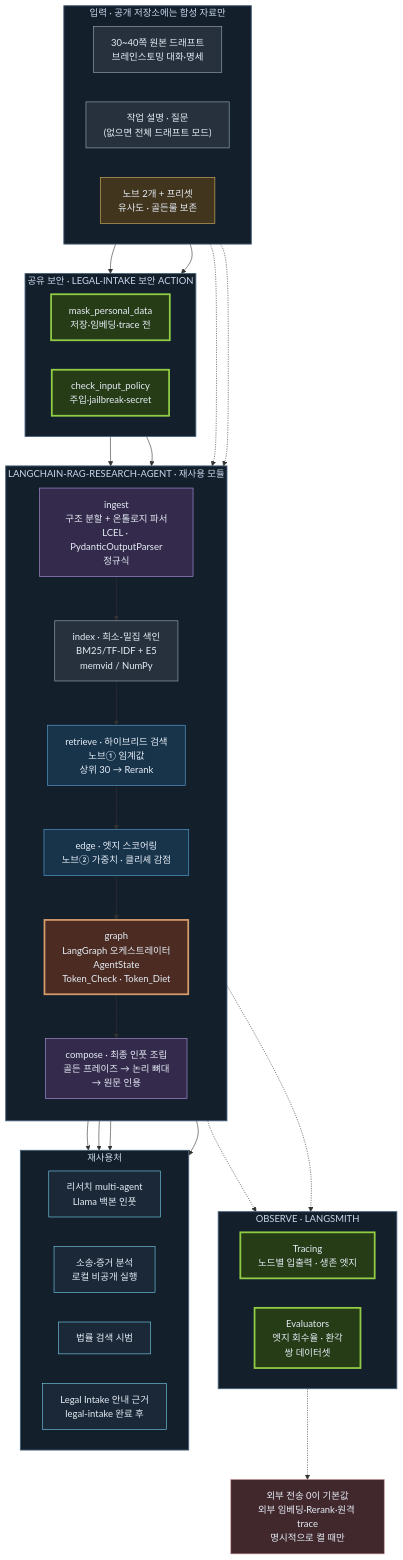
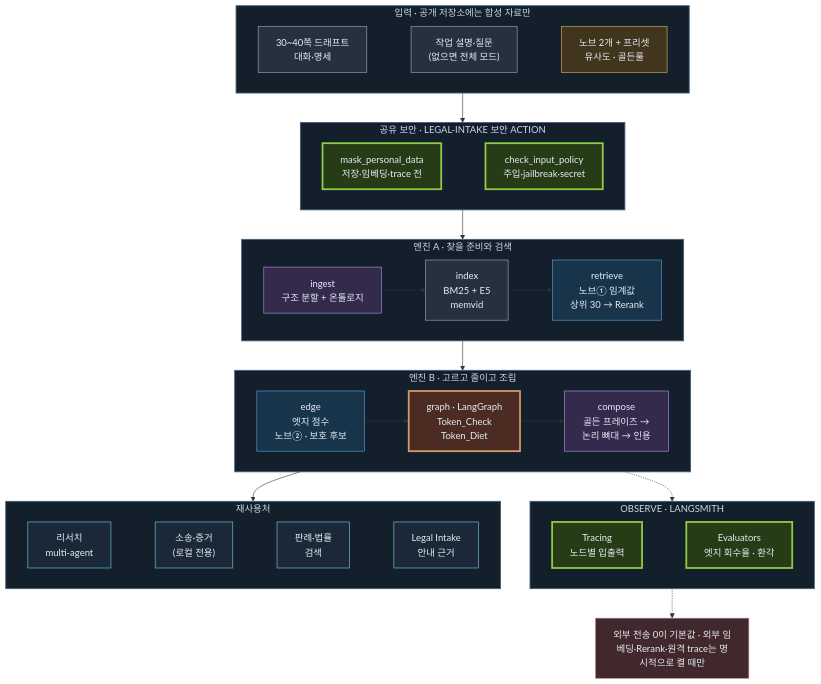
One commit to ai-agent-orchestrator/langchain-rag-research-agent changed the diagram in docs/diagrams/01-architecture-overview.mmd. Above: the diagram before and after it, drawn with Mermaid. The commit also changed 19 other files, not shown here.

First line of the commit message:
docs: add dark-mode Equalizer study guide PDF and refreshed diagrams

```diff
--- a/docs/diagrams/01-architecture-overview.mmd
+++ b/docs/diagrams/01-architecture-overview.mmd
@@ -1,73 +1,53 @@
 flowchart TB
   subgraph IN["입력 · 공개 저장소에는 합성 자료만"]
     direction LR
-    I1["30~40쪽 원본 드래프트<br/>브레인스토밍 대화·명세"]
-    I2["작업 설명 · 질문<br/>(없으면 전체 드래프트 모드)"]
-    I3["노브 2개 + 프리셋<br/>유사도 · 골든룰 보존"]
+    I1["30~40쪽 드래프트<br/>대화·명세"] ~~~ I2["작업 설명·질문<br/>(없으면 전체 모드)"] ~~~ I3["노브 2개 + 프리셋<br/>유사도 · 골든룰"]
   end
   subgraph SH["공유 보안 · LEGAL-INTAKE 보안 ACTION"]
     direction LR
-    G1["mask_personal_data<br/>저장·임베딩·trace 전"]
-    G2["check_input_policy<br/>주입·jailbreak·secret"]
+    G1["mask_personal_data<br/>저장·임베딩·trace 전"] ~~~ G2["check_input_policy<br/>주입·jailbreak·secret"]
   end
-  subgraph CORE["LANGCHAIN-RAG-RESEARCH-AGENT · 재사용 모듈"]
-    direction TB
-    P["ingest<br/>구조 분할 + 온톨로지 파서<br/>LCEL · PydanticOutputParser<br/>정규식"]
-    X["index · 희소-밀집 색인<br/>BM25/TF-IDF + E5<br/>memvid / NumPy"]
-    R["retrieve · 하이브리드 검색<br/>노브① 임계값<br/>상위 30 → Rerank"]
-    E["edge · 엣지 스코어링<br/>노브② 가중치 · 클리셰 감점"]
-    LG["graph<br/>LangGraph 오케스트레이터<br/>AgentState<br/>Token_Check · Token_Diet"]
-    C["compose · 최종 인풋 조립<br/>골든 프레이즈 → 논리 뼈대<br/>→ 원문 인용"]
-    P --> X --> R --> E --> LG --> C
+  subgraph CA["엔진 A · 찾을 준비와 검색"]
+    direction LR
+    P["ingest<br/>구조 분할 + 온톨로지"] --> X["index<br/>BM25 + E5<br/>memvid"] --> R["retrieve<br/>노브① 임계값<br/>상위 30 → Rerank"]
+  end
+  subgraph CB["엔진 B · 고르고 줄이고 조립"]
+    direction LR
+    E["edge<br/>엣지 점수<br/>노브② · 보호 후보"] --> LG["graph · LangGraph<br/>Token_Check<br/>Token_Diet"] --> C["compose<br/>골든 프레이즈 →<br/>논리 뼈대 → 인용"]
   end
   subgraph OBS["OBSERVE · LANGSMITH"]
     direction LR
-    T["Tracing<br/>노드별 입출력 · 생존 엣지"]
-    EV["Evaluators<br/>엣지 회수율 · 환각<br/>쌍 데이터셋"]
+    T["Tracing<br/>노드별 입출력"] ~~~ EV["Evaluators<br/>엣지 회수율 · 환각"]
   end
   subgraph OUT["재사용처"]
     direction LR
-    U1["리서치 multi-agent<br/>Llama 백본 인풋"]
-    U2["소송·증거 분석<br/>로컬 비공개 실행"]
-    U3["법률 검색 시범"]
-    U4["Legal Intake 안내 근거<br/>legal-intake 완료 후"]
+    U1["리서치<br/>multi-agent"] ~~~ U2["소송·증거<br/>(로컬 전용)"] ~~~ U3["판례·법률<br/>검색"] ~~~ U4["Legal Intake<br/>안내 근거"]
   end
-  I1 --> G1
-  I2 --> G2
-  G1 --> P
-  G2 --> R
-  I3 -.-> R
-  I3 -.-> E
-  C --> U1
-  C --> U2
-  C --> U3
-  C --> U4
-  LG -.-> T
-  C -.-> EV
-  STOP["외부 전송 0이 기본값<br/>외부 임베딩·Rerank·원격 trace<br/>명시적으로 켤 때만"]
+  IN --> SH --> CA --> CB --> OUT
+  CB -.-> OBS
+  STOP["외부 전송 0이 기본값 · 외부 임베딩·Rerank·원격 trace는 명시적으로 켤 때만"]
   OBS -.-> STOP
   classDef strategy fill:#173b3e,stroke:#66cfc8,color:#e6edf6;
   classDef architecture fill:#342a4c,stroke:#b39ae5,color:#e6edf6;
   classDef engineering fill:#18344b,stroke:#5ba7db,color:#e6edf6;
   classDef python fill:#26313d,stroke:#a1afbf,color:#e6edf6;
-  classDef java fill:#1f3320,stroke:#8fcf86,color:#e6edf6;
   classDef guard fill:#263c17,stroke:#91cc45,stroke-width:3px,color:#e6edf6;
   classDef worker fill:#4b2b22,stroke:#d39a6a,stroke-width:3px,color:#e6edf6;
   classDef control fill:#42351e,stroke:#ddb965,color:#e6edf6;
   classDef result fill:#1a2837,stroke:#78d5ef,color:#e6edf6;
   classDef stop fill:#40282d,stroke:#c58b92,color:#e6edf6;
   class I1,I2 python;
   class I3 control;
-  class G1,G2 guard;
+  class G1,G2,T,EV guard;
   class P,C architecture;
   class X python;
   class R,E engineering;
   class LG worker;
-  class T,EV guard;
   class U1,U2,U3,U4 result;
   class STOP stop;
   style IN fill:#141f2c,stroke:#455f79,stroke-width:1.5px,color:#c9d8eb
   style SH fill:#141f2c,stroke:#455f79,stroke-width:1.5px,color:#c9d8eb
-  style CORE fill:#141f2c,stroke:#455f79,stroke-width:1.5px,color:#c9d8eb
+  style CA fill:#141f2c,stroke:#455f79,stroke-width:1.5px,color:#c9d8eb
+  style CB fill:#141f2c,stroke:#455f79,stroke-width:1.5px,color:#c9d8eb
   style OBS fill:#141f2c,stroke:#455f79,stroke-width:1.5px,color:#c9d8eb
   style OUT fill:#141f2c,stroke:#455f79,stroke-width:1.5px,color:#c9d8eb
```
